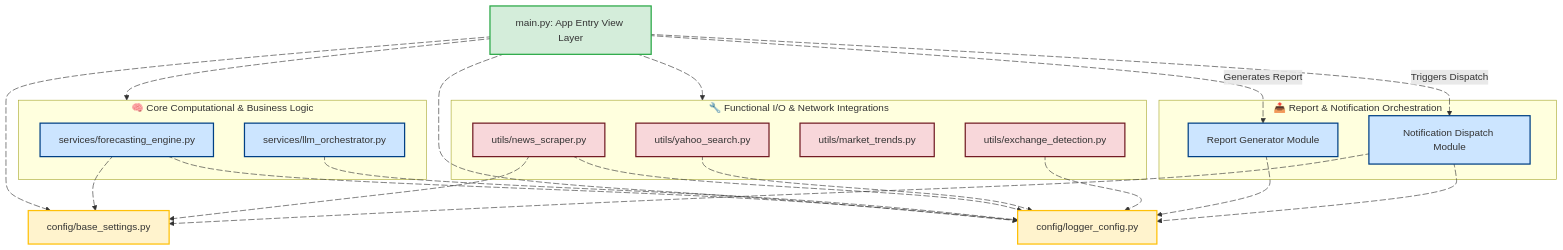
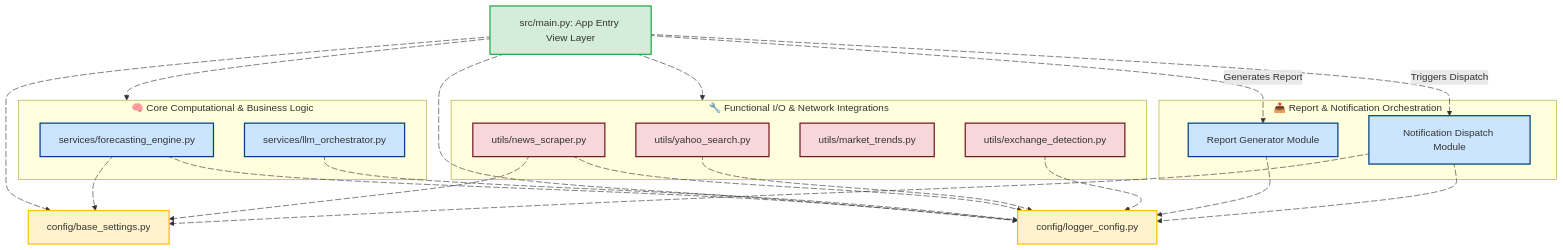
One commit to SRINIVASTA/world-x-predictor changed the first of 2 diagrams in README.md. Above: the diagram before and after it, drawn with Mermaid. The commit also changed other lines of this file, not shown here.

````diff
--- a/README.md
+++ b/README.md
@@ -11,70 +11,70 @@
 ```mermaid
 flowchart TD
     %% Base Infrastructure Styling
     classDef main fill:#d4edda,stroke:#28a745,stroke-width:2px;
     classDef config fill:#fff3cd,stroke:#ffc007,stroke-width:2px;
     classDef layer fill:#e2e3e5,stroke:#383d41,stroke-width:1px;
     classDef svc fill:#cce5ff,stroke:#004085,stroke-width:2px;
     classDef utl fill:#f8d7da,stroke:#721c24,stroke-width:2px;
 
     %% Components
-    A[main.py: App Entry View Layer]:::main
+    A[src/main.py: App Entry View Layer]:::main
     B[config/base_settings.py]:::config
     C[config/logger_config.py]:::config
     
     subgraph Services_Layer [🧠 Core Computational & Business Logic]
         D[services/forecasting_engine.py]:::svc
         E[services/llm_orchestrator.py]:::svc
     end
 
     subgraph Utilities_Layer [🔧 Functional I/O & Network Integrations]
         F[utils/yahoo_search.py]:::utl
         G[utils/exchange_detection.py]:::utl
         H[utils/market_trends.py]:::utl
         I[utils/news_scraper.py]:::utl
     end
 
     subgraph Output_Layer [📤 Report & Notification Orchestration]
         K[Report Generator Module]:::svc
         J[Notification Dispatch Module]:::svc
     end
 
     %% Dependency Connections
     A e1@--> B
     A e2@--> C
     A e3@--> Utilities_Layer
     A e4@--> Services_Layer
     
     D e5@--> B
     D e6@--> C
     E e7@--> C
     I e8@--> B
     I e9@--> C
     F e10@--> C
     G e11@--> C
 
     %% Report & Notification Orchestration
     K e12@--> C
     J e13@--> B
     J e14@--> C
     A e15@-.->|Generates Report| K
     A e16@-.->|Triggers Dispatch| J
 
     %% Running Flow Animation Definitions
     e1@{ animate: true }
     e2@{ animate: true }
     e3@{ animate: true }
     e4@{ animate: true }
     e5@{ animate: true }
     e6@{ animate: true }
     e7@{ animate: true }
     e8@{ animate: true }
     e9@{ animate: true }
     e10@{ animate: true }
     e11@{ animate: true }
     e12@{ animate: true }
     e13@{ animate: true }
     e14@{ animate: true }
     e15@{ animate: true }
     e16@{ animate: true }
 ```
````
